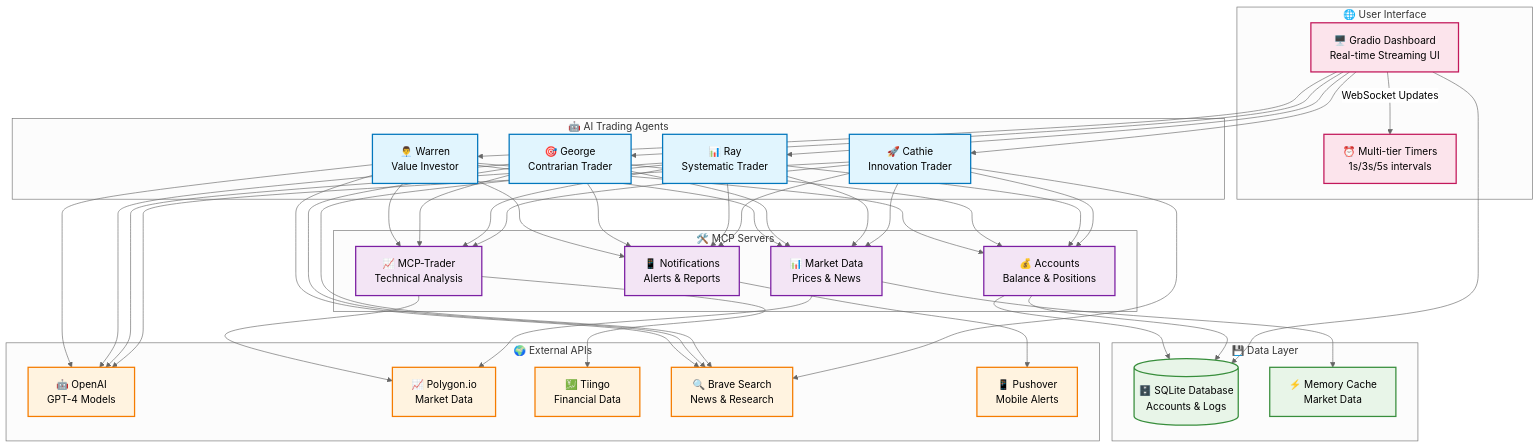
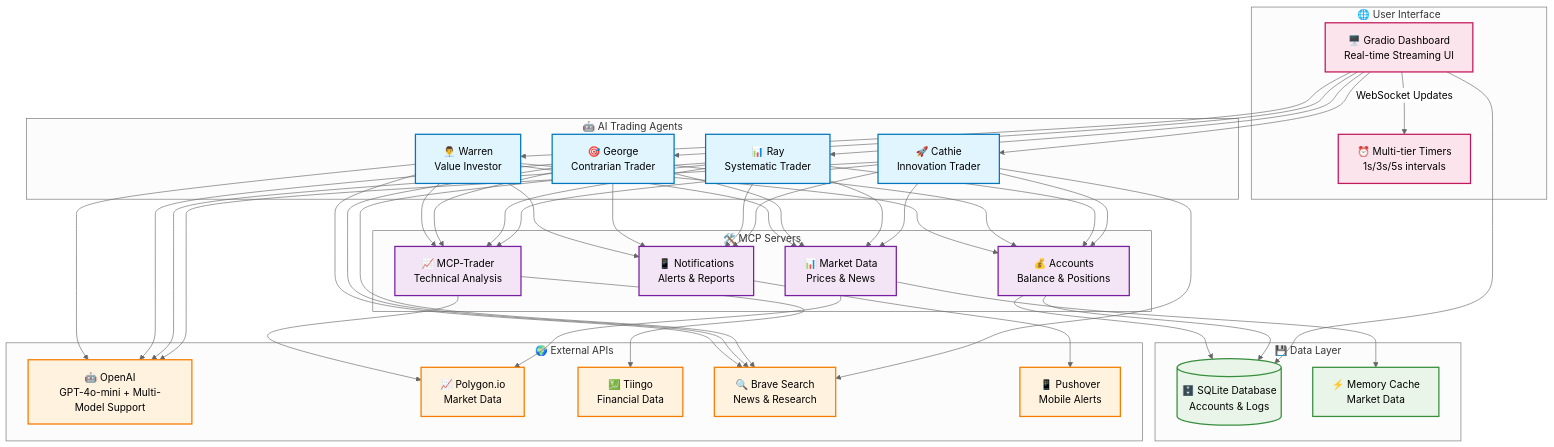
Before and after one commit to pranavpai/Trading-Agent-with-MCPs: the diagram in README.md, drawn with Mermaid (neutral theme). The commit also changed other lines of this file and 5 other files, not shown here.

````diff
--- a/README.md
+++ b/README.md
@@ -101,65 +112,65 @@
 ```mermaid
 graph TB
     subgraph "🌐 User Interface"
         UI[🖥️ Gradio Dashboard<br/>Real-time Streaming UI]
         UI --> |WebSocket Updates| TIMER[⏰ Multi-tier Timers<br/>1s/3s/5s intervals]
     end
     
     subgraph "🤖 AI Trading Agents"
         WARREN[👨‍💼 Warren<br/>Value Investor]
         GEORGE[🎯 George<br/>Contrarian Trader] 
         RAY[📊 Ray<br/>Systematic Trader]
         CATHIE[🚀 Cathie<br/>Innovation Trader]
     end
     
     subgraph "🛠️ MCP Servers"
         MCP_TRADER[📈 MCP-Trader<br/>Technical Analysis]
         MCP_ACCOUNTS[💰 Accounts<br/>Balance & Positions]
         MCP_MARKET[📊 Market Data<br/>Prices & News]
         MCP_PUSH[📱 Notifications<br/>Alerts & Reports]
     end
     
     subgraph "💾 Data Layer"
         DB[(🗄️ SQLite Database<br/>Accounts & Logs)]
         CACHE[⚡ Memory Cache<br/>Market Data]
     end
     
     subgraph "🌍 External APIs"
-        OPENAI[🤖 OpenAI<br/>GPT-4 Models]
+        OPENAI[🤖 OpenAI<br/>GPT-4o-mini + Multi-Model Support]
         POLYGON[📈 Polygon.io<br/>Market Data]
         TIINGO[💹 Tiingo<br/>Financial Data]
         BRAVE[🔍 Brave Search<br/>News & Research]
         PUSHOVER[📱 Pushover<br/>Mobile Alerts]
     end
     
     %% Main Flow
     UI --> WARREN & GEORGE & RAY & CATHIE
     WARREN & GEORGE & RAY & CATHIE --> MCP_TRADER & MCP_ACCOUNTS & MCP_MARKET & MCP_PUSH
     
     %% MCP Connections
     MCP_TRADER --> TIINGO & POLYGON
     MCP_ACCOUNTS --> DB
     MCP_MARKET --> POLYGON & CACHE
     MCP_PUSH --> PUSHOVER
     
     %% AI Connections
     WARREN & GEORGE & RAY & CATHIE --> OPENAI
     WARREN & GEORGE & RAY & CATHIE --> BRAVE
     
     %% Data Persistence
     MCP_ACCOUNTS --> DB
     UI --> DB
     
     %% Styling
     classDef aiAgent fill:#e1f5fe,stroke:#0277bd,stroke-width:2px
     classDef mcpServer fill:#f3e5f5,stroke:#7b1fa2,stroke-width:2px
     classDef external fill:#fff3e0,stroke:#f57c00,stroke-width:2px
     classDef data fill:#e8f5e8,stroke:#388e3c,stroke-width:2px
     classDef ui fill:#fce4ec,stroke:#c2185b,stroke-width:2px
     
     class WARREN,GEORGE,RAY,CATHIE aiAgent
     class MCP_TRADER,MCP_ACCOUNTS,MCP_MARKET,MCP_PUSH mcpServer
     class OPENAI,POLYGON,TIINGO,BRAVE,PUSHOVER external
     class DB,CACHE data
     class UI,TIMER ui
 ```
````
